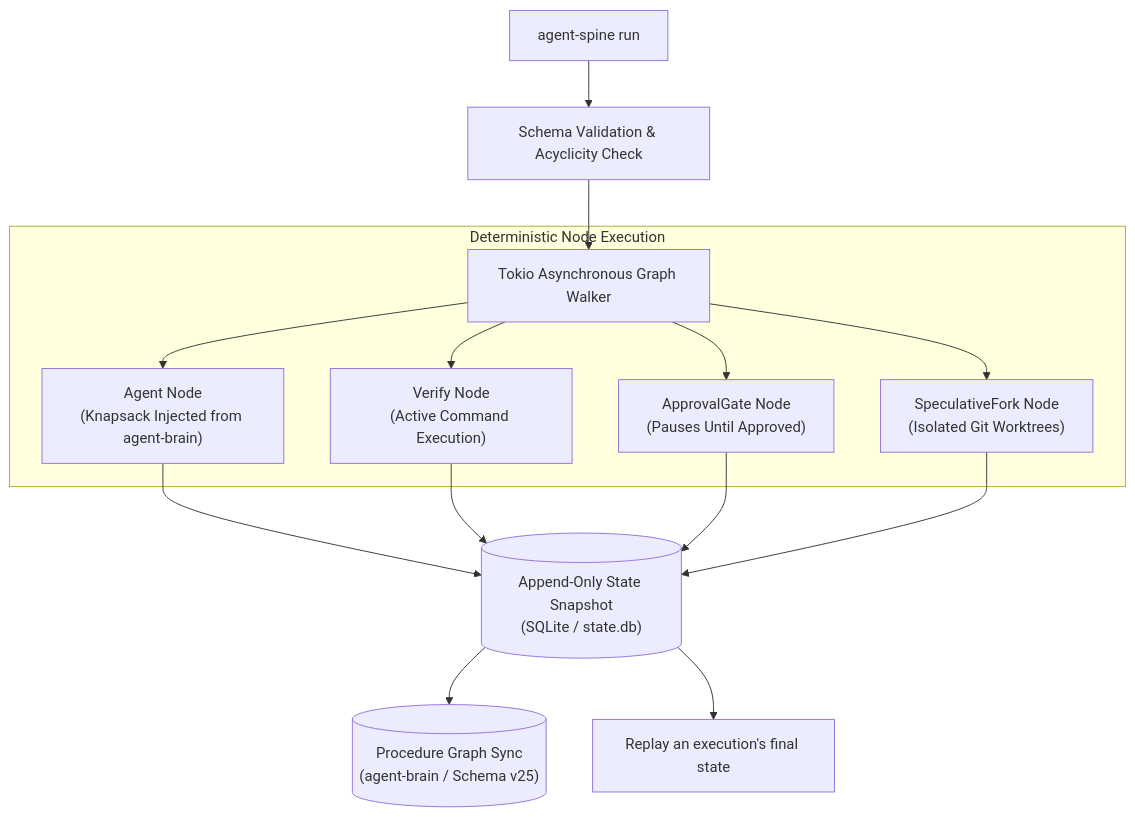
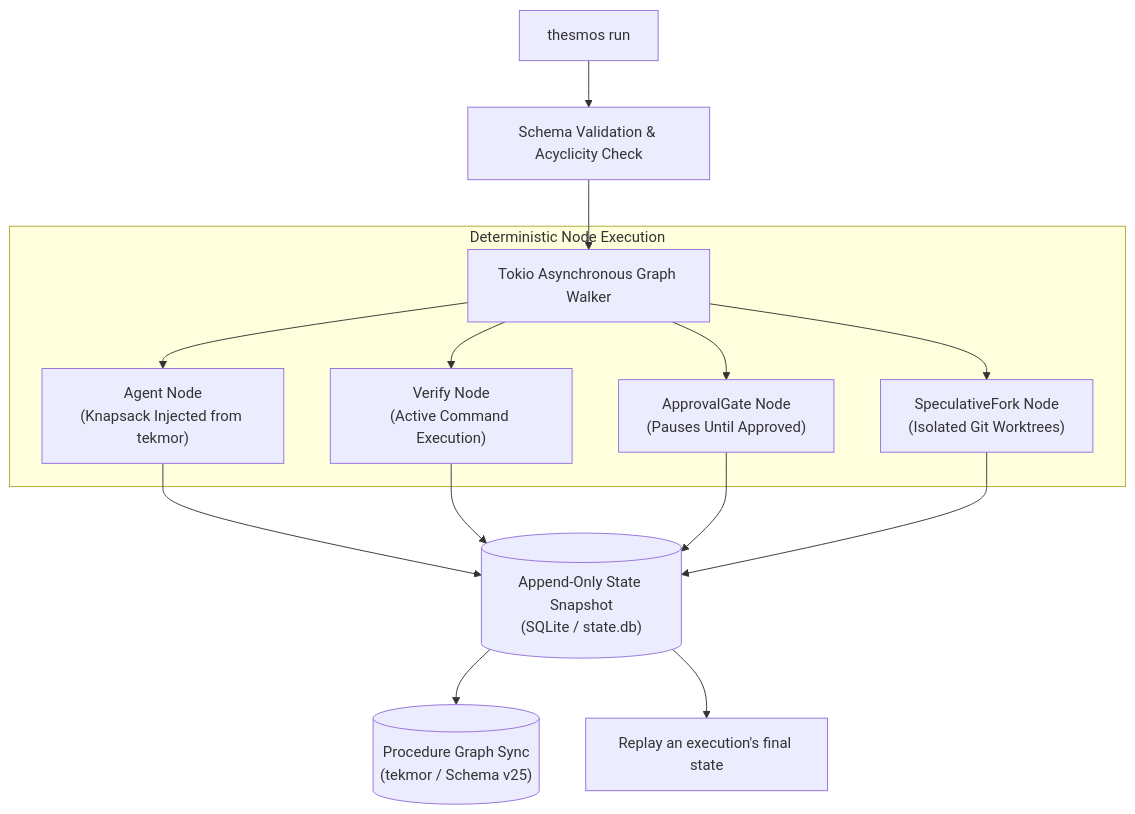
The diagram in README.md (autonomic-ai-dev/agent-spine), drawn with Mermaid before and after one commit. The commit also changed other lines of this file and 112 other files, not shown here.

First line of the commit message:
Rename agent-spine to thesmos and publish 1.1.0-rc2 (#62)

````diff
--- a/README.md
+++ b/README.md
@@ -16,20 +16,20 @@
 ```mermaid
 flowchart TD
-    Trigger["agent-spine run <workflow.yaml>"] --> Validate["Schema Validation & Acyclicity Check"]
+    Trigger["thesmos run <workflow.yaml>"] --> Validate["Schema Validation & Acyclicity Check"]
     Validate --> Walker["Tokio Asynchronous Graph Walker"]
     
     subgraph ExecutionEngine ["Deterministic Node Execution"]
-        Walker --> AgentNode["Agent Node<br/>(Knapsack Injected from agent-brain)"]
+        Walker --> AgentNode["Agent Node<br/>(Knapsack Injected from tekmor)"]
         Walker --> VerifyNode["Verify Node<br/>(Active Command Execution)"]
         Walker --> GateNode["ApprovalGate Node<br/>(Pauses Until Approved)"]
         Walker --> SpecNode["SpeculativeFork Node<br/>(Isolated Git Worktrees)"]
     end
 
     AgentNode --> Snapshot[("Append-Only State Snapshot<br/>(SQLite / state.db)")]
     VerifyNode --> Snapshot
     GateNode --> Snapshot
     SpecNode --> Snapshot
 
-    Snapshot --> BrainSync[("Procedure Graph Sync<br/>(agent-brain / Schema v25)")]
+    Snapshot --> BrainSync[("Procedure Graph Sync<br/>(tekmor / Schema v25)")]
     Snapshot --> Replay["Replay an execution's final state"]
 ```
````
